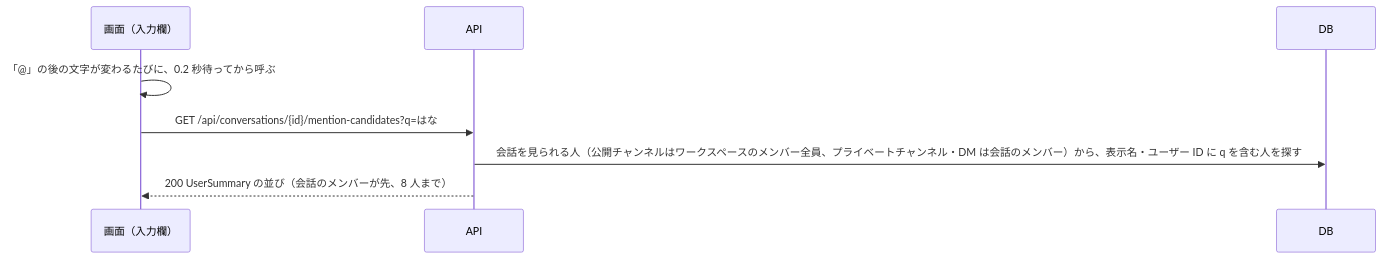
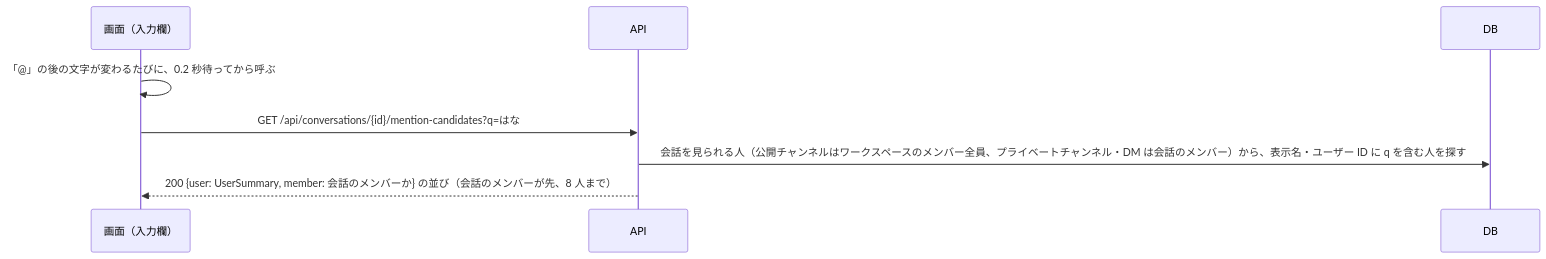
One commit to y0408e0301-star/raisechat changed the first of 2 diagrams in docs/functions/fn11-mention.md. Above: the diagram before and after it, drawn with Mermaid. The commit also changed other lines of this file and 42 other files, not shown here.

````diff
--- a/docs/functions/fn11-mention.md
+++ b/docs/functions/fn11-mention.md
@@ -48,11 +49,11 @@
 ```mermaid
 sequenceDiagram
     participant B as 画面（入力欄）
     participant A as API
     participant D as DB
 
     B->>B: 「@」の後の文字が変わるたびに、0.2 秒待ってから呼ぶ
     B->>A: GET /api/conversations/{id}/mention-candidates?q=はな
     A->>D: 会話を見られる人（公開チャンネルはワークスペースのメンバー全員、プライベートチャンネル・DM は会話のメンバー）から、表示名・ユーザー ID に q を含む人を探す
-    A-->>B: 200 UserSummary の並び（会話のメンバーが先、8 人まで）
+    A-->>B: 200 {user: UserSummary, member: 会話のメンバーか} の並び（会話のメンバーが先、8 人まで）
 ```
````
